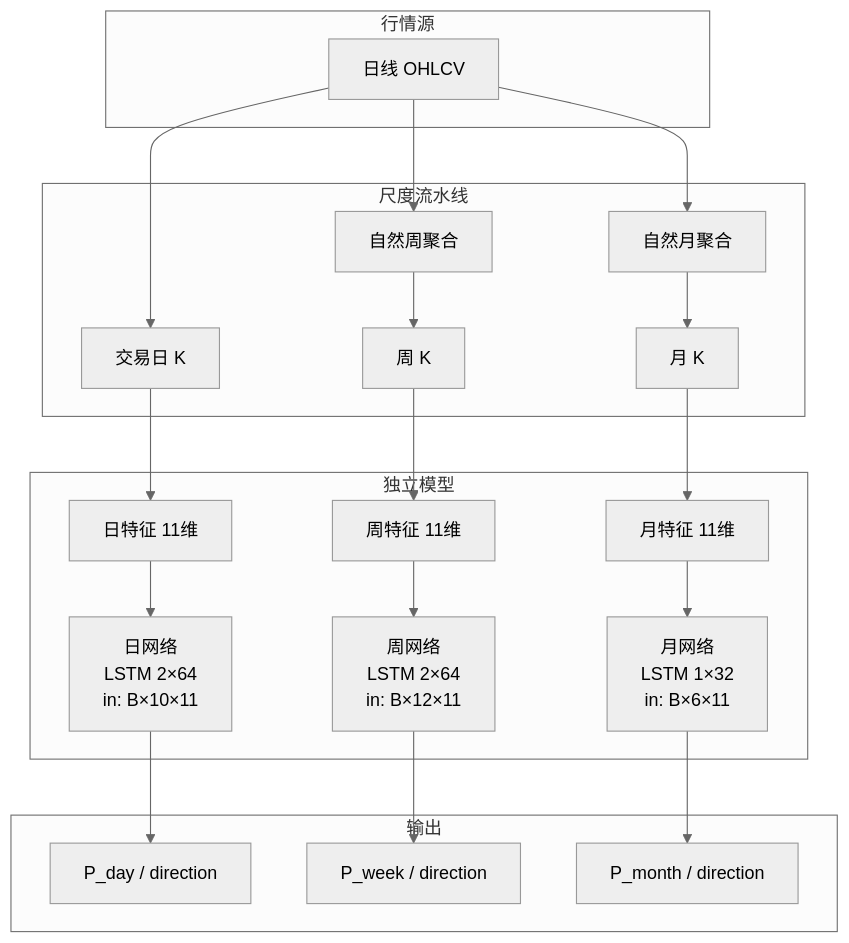
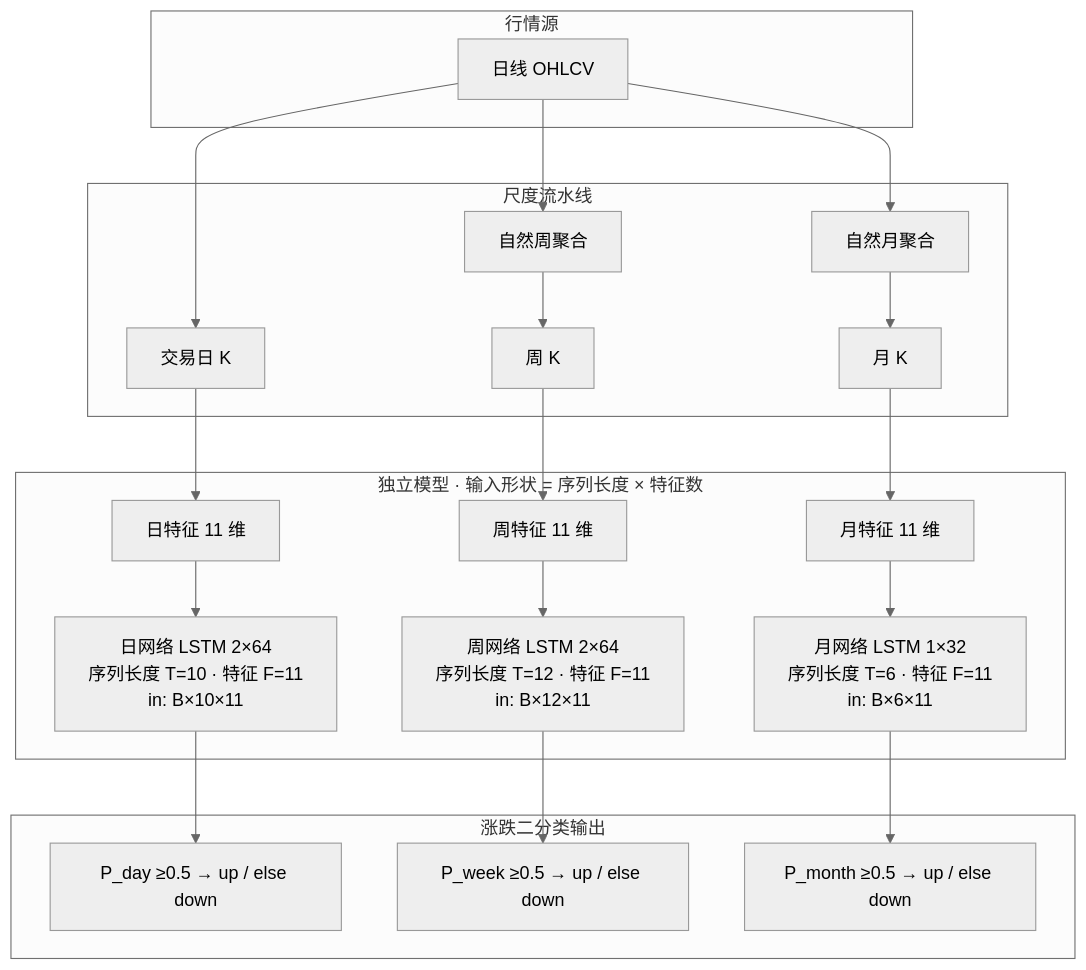
Before and after one commit to fanqingsong/stock_predictive: the first of 11 diagrams in docs/model-architecture.md, drawn with Mermaid (neutral theme). The commit also changed other lines of this file, not shown here.

First line of the commit message:
Expand model architecture docs with dual-flow LSTM topology diagrams.

````diff
--- a/docs/model-architecture.md
+++ b/docs/model-architecture.md
@@ -18,29 +25,29 @@
 ```mermaid
 flowchart TB
   subgraph source [行情源]
     D[日线 OHLCV]
   end
 
   subgraph pipes [尺度流水线]
     D --> DayBars[交易日 K]
     D --> WAgg[自然周聚合]
     D --> MAgg[自然月聚合]
     WAgg --> WeekBars[周 K]
     MAgg --> MonthBars[月 K]
   end
 
-  subgraph models [独立模型]
-    DayBars --> FeatD[日特征 11维]
-    WeekBars --> FeatW[周特征 11维]
-    MonthBars --> FeatM[月特征 11维]
-    FeatD --> NetD["日网络\nLSTM 2×64\nin: B×10×11"]
-    FeatW --> NetW["周网络\nLSTM 2×64\nin: B×12×11"]
-    FeatM --> NetM["月网络\nLSTM 1×32\nin: B×6×11"]
+  subgraph models [独立模型 · 输入形状 = 序列长度 × 特征数]
+    DayBars --> FeatD["日特征 11 维"]
+    WeekBars --> FeatW["周特征 11 维"]
+    MonthBars --> FeatM["月特征 11 维"]
+    FeatD --> NetD["日网络 LSTM 2×64<br/>序列长度 T=10 · 特征 F=11<br/>in: B×10×11"]
+    FeatW --> NetW["周网络 LSTM 2×64<br/>序列长度 T=12 · 特征 F=11<br/>in: B×12×11"]
+    FeatM --> NetM["月网络 LSTM 1×32<br/>序列长度 T=6 · 特征 F=11<br/>in: B×6×11"]
   end
 
-  subgraph outs [输出]
-    NetD --> OutD["P_day / direction"]
-    NetW --> OutW["P_week / direction"]
-    NetM --> OutM["P_month / direction"]
+  subgraph outs [涨跌二分类输出]
+    NetD --> OutD["P_day ≥0.5 → up / else down"]
+    NetW --> OutW["P_week ≥0.5 → up / else down"]
+    NetM --> OutM["P_month ≥0.5 → up / else down"]
   end
 ```
````
